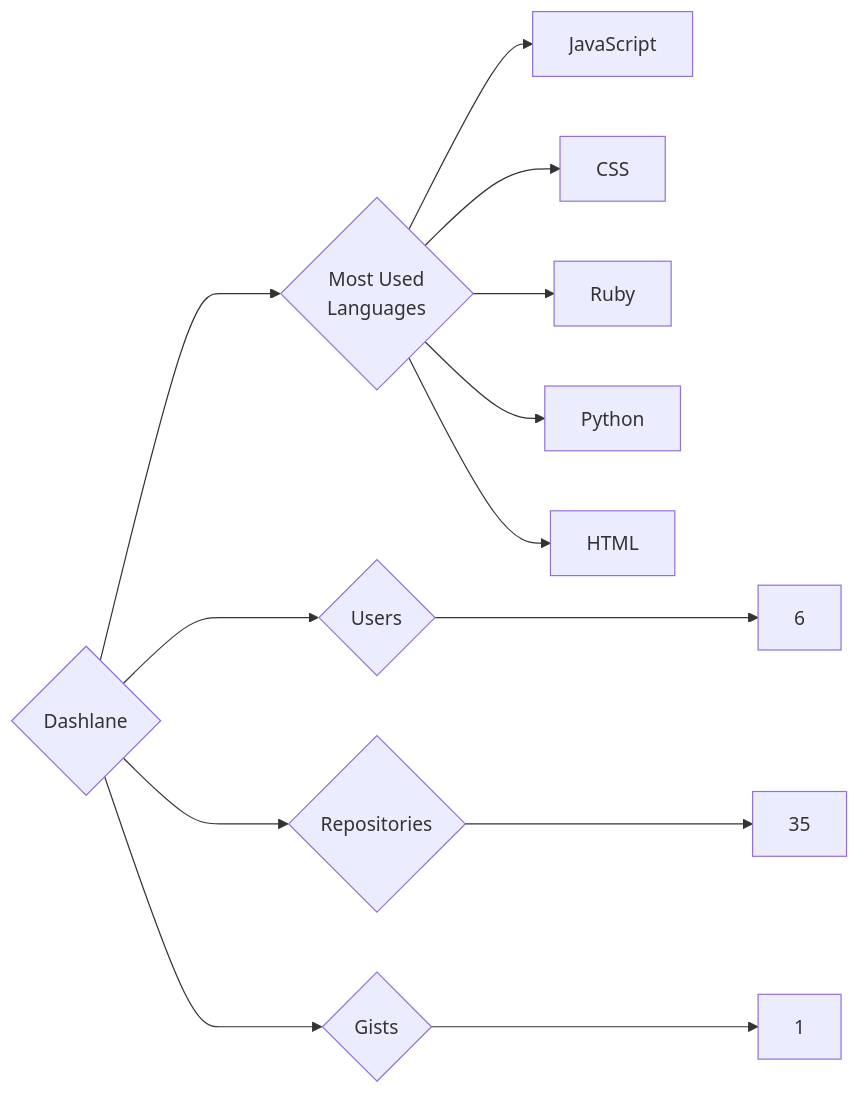
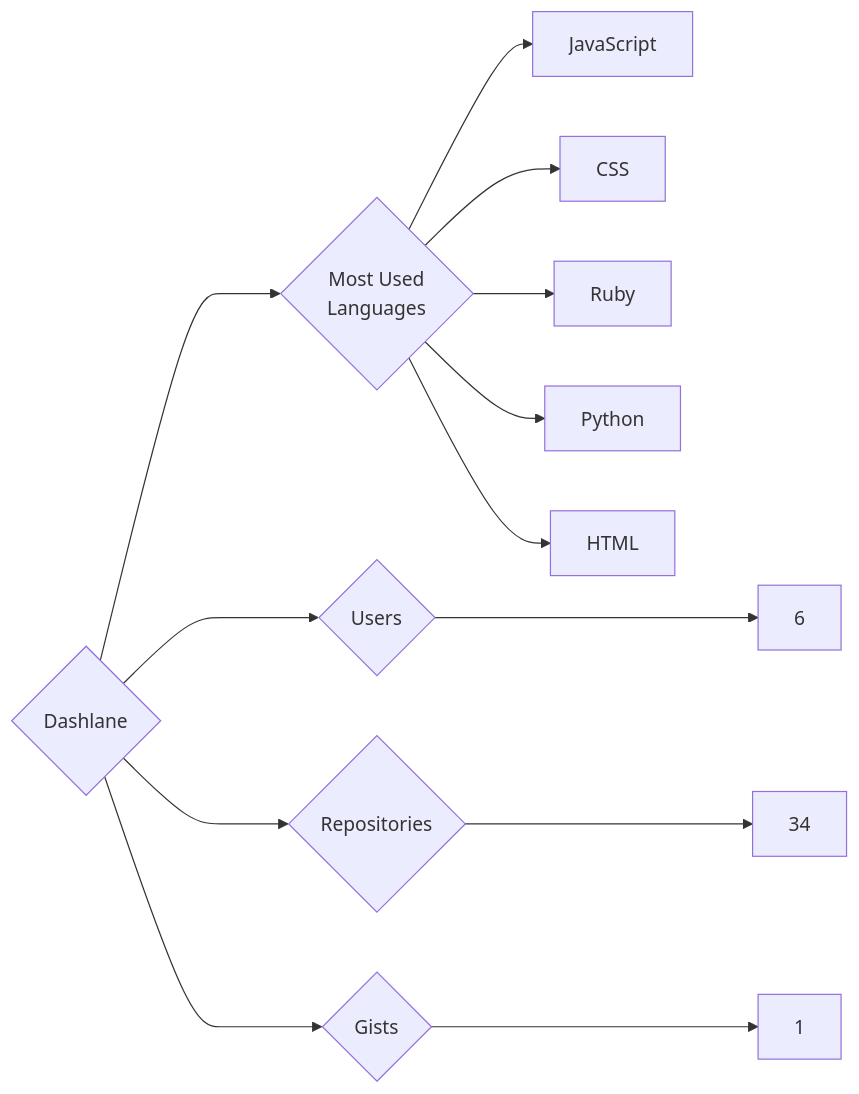
One commit to trickest/insiders changed the diagram in targets/Dashlane/README.md. Above: the diagram before and after it, drawn with Mermaid. The commit also changed 1167 other files, not shown here.

````diff
--- a/targets/Dashlane/README.md
+++ b/targets/Dashlane/README.md
@@ -3,13 +3,13 @@
 ```mermaid
 graph LR
 COMPANY_NAME{Dashlane}
 COMPANY_NAME ---> U{Users} ---> UN[6]
-COMPANY_NAME ---> R{Repositories} ---> RN[35]
+COMPANY_NAME ---> R{Repositories} ---> RN[34]
 COMPANY_NAME ---> G{Gists} ---> GN[1]
 COMPANY_NAME ---> ML{Most Used<br>Languages}
 ML --> JavaScript[JavaScript]
 ML --> CSS[CSS]
 ML --> Ruby[Ruby]
 ML --> Python[Python]
 ML --> HTML[HTML]
 ```
````
